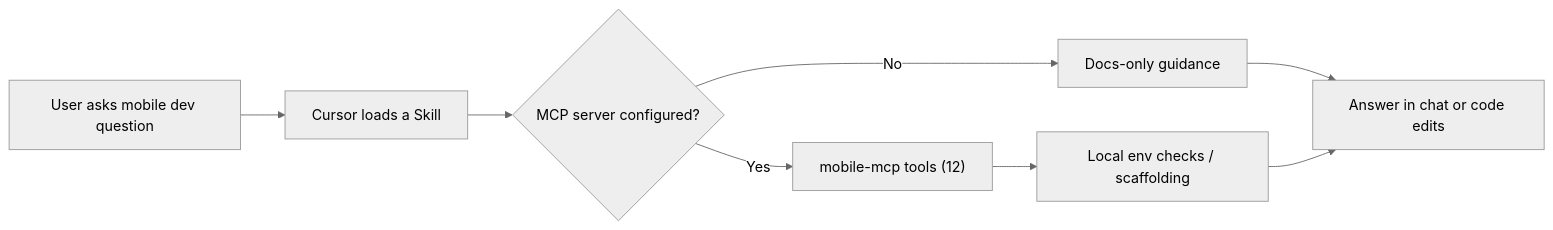
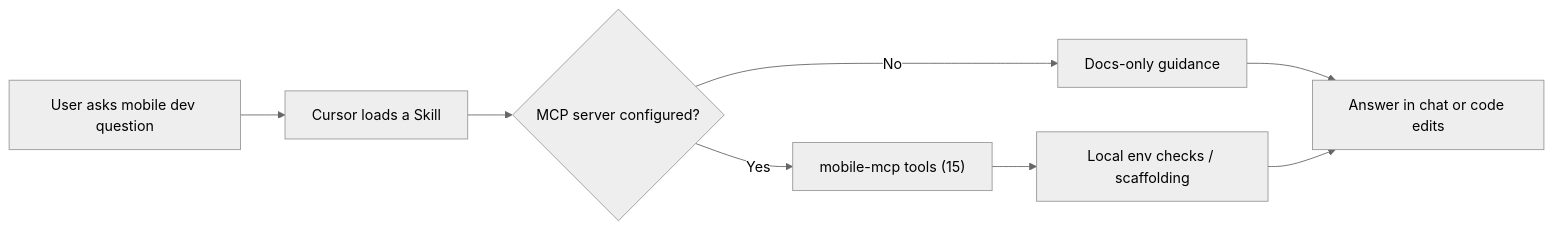
Before and after one commit to TMHSDigital/Mobile-App-Developer-Tools: the diagram in README.md, drawn with Mermaid (neutral theme). The commit also changed other lines of this file and 15 other files, not shown here.

````diff
--- a/README.md
+++ b/README.md
@@ -73,10 +73,10 @@
 ```mermaid
 flowchart LR
     A[User asks mobile dev question] --> B[Cursor loads a Skill]
     B --> C{MCP server configured?}
-    C -->|Yes| D["mobile-mcp tools (12)"]
+    C -->|Yes| D["mobile-mcp tools (15)"]
     C -->|No| E[Docs-only guidance]
     D --> F[Local env checks / scaffolding]
     E --> G[Answer in chat or code edits]
     F --> G
 ```
````
